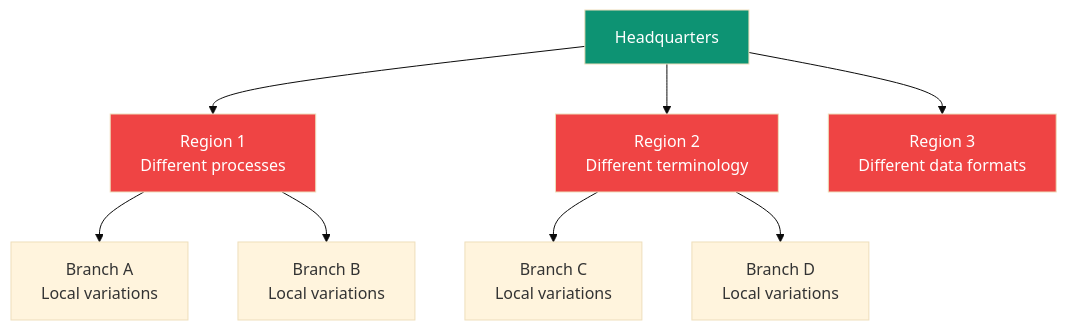
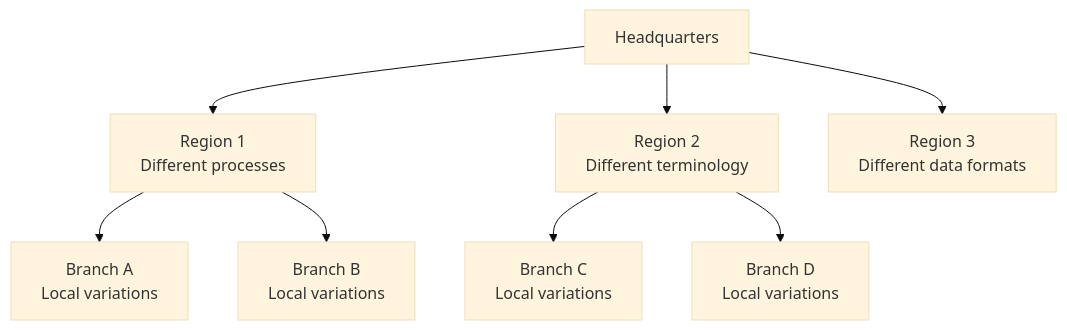
One commit to ashishsuperatom/tech-docs changed the third of 9 diagrams in introduction/problems.mdx. Above: the diagram before and after it, drawn with Mermaid (base theme). The commit also changed other lines of this file and 37 other files, not shown here.

First line of the commit message:
Clean up docs: remove em-dashes, fix mermaid diagrams, remove emojis

````diff
--- a/introduction/problems.mdx
+++ b/introduction/problems.mdx
@@ -118,16 +114,12 @@
 ```mermaid
 flowchart TD
     HQ["Headquarters"] --> R1["Region 1<br>Different processes"]
     HQ --> R2["Region 2<br>Different terminology"]
     HQ --> R3["Region 3<br>Different data formats"]
 
     R1 --> B1["Branch A<br>Local variations"]
     R1 --> B2["Branch B<br>Local variations"]
     R2 --> B3["Branch C<br>Local variations"]
     R2 --> B4["Branch D<br>Local variations"]
 
-    style HQ fill:#0D9373,color:#fff
-    style R1 fill:#ef4444,color:#fff
-    style R2 fill:#ef4444,color:#fff
-    style R3 fill:#ef4444,color:#fff
 ```
````
